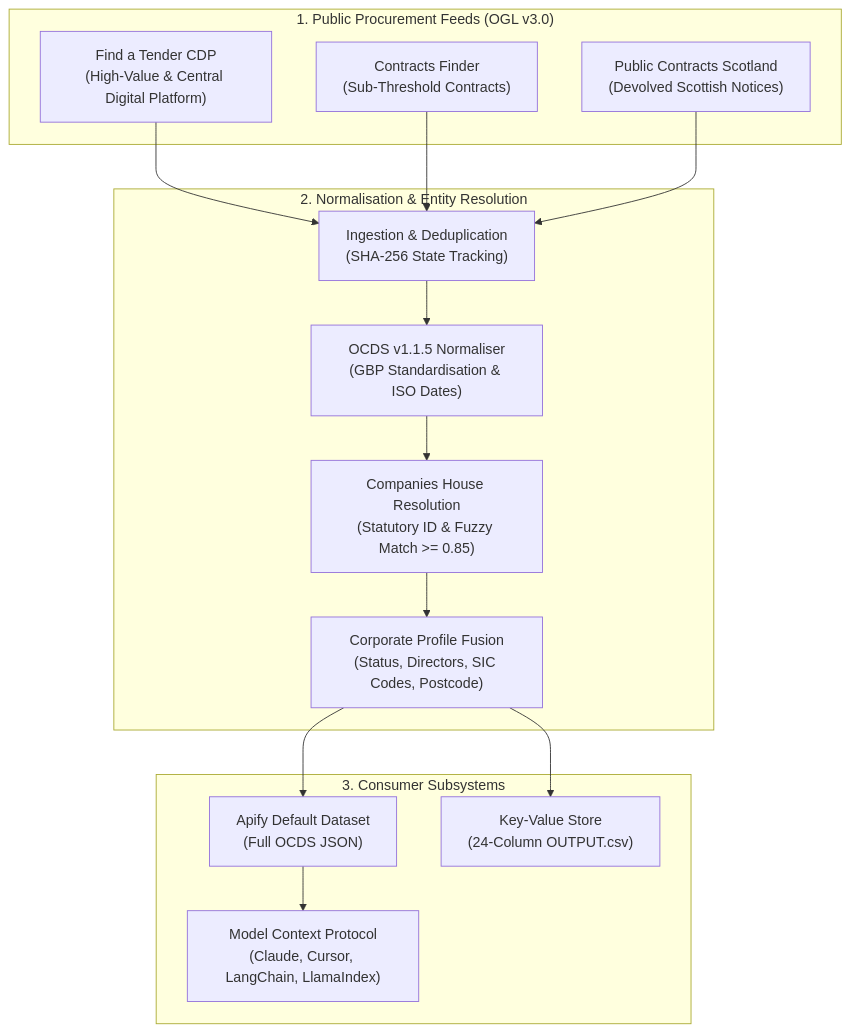
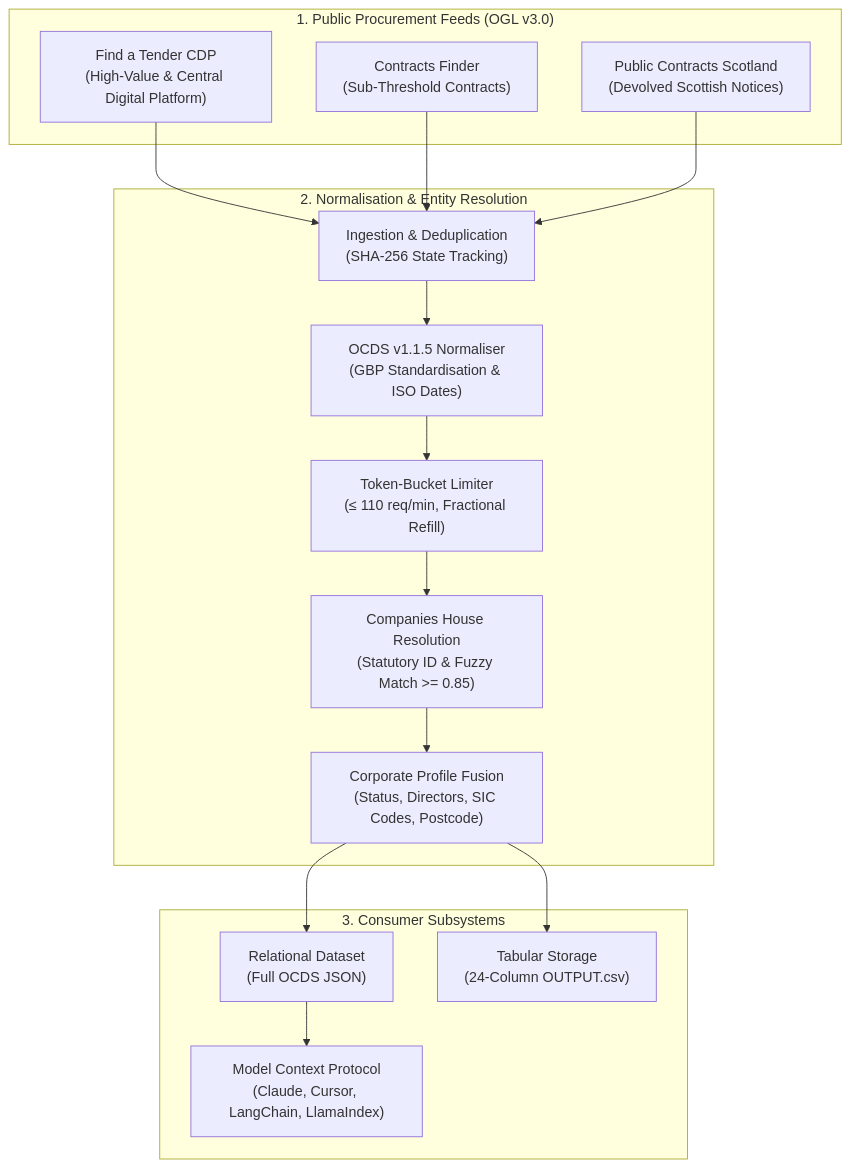
One commit to s0ck3t/uk-public-procurement-api changed the diagram in README.md. Above: the diagram before and after it, drawn with Mermaid. The commit also changed other lines of this file, not shown here.

Commit message:
docs: restructure README to emphasise open pipeline architecture and technical case study

````diff
--- a/README.md
+++ b/README.md
@@ -43,31 +33,33 @@
 ```mermaid
 flowchart TD
     subgraph Sources["1. Public Procurement Feeds (OGL v3.0)"]
         FTS["Find a Tender CDP<br/>(High-Value & Central Digital Platform)"]
         CF["Contracts Finder<br/>(Sub-Threshold Contracts)"]
         PCS["Public Contracts Scotland<br/>(Devolved Scottish Notices)"]
     end
 
     subgraph Pipeline["2. Normalisation & Entity Resolution"]
         Ingest["Ingestion & Deduplication<br/>(SHA-256 State Tracking)"]
         Norm["OCDS v1.1.5 Normaliser<br/>(GBP Standardisation & ISO Dates)"]
+        Limiter["Token-Bucket Limiter<br/>(&le; 110 req/min, Fractional Refill)"]
         Match["Companies House Resolution<br/>(Statutory ID & Fuzzy Match &gt;= 0.85)"]
         Enrich["Corporate Profile Fusion<br/>(Status, Directors, SIC Codes, Postcode)"]
     end
 
     subgraph Delivery["3. Consumer Subsystems"]
-        Dataset["Apify Default Dataset<br/>(Full OCDS JSON)"]
-        CSV["Key-Value Store<br/>(24-Column OUTPUT.csv)"]
+        Dataset["Relational Dataset<br/>(Full OCDS JSON)"]
+        CSV["Tabular Storage<br/>(24-Column OUTPUT.csv)"]
         MCP["Model Context Protocol<br/>(Claude, Cursor, LangChain, LlamaIndex)"]
     end
 
     FTS --> Ingest
     CF --> Ingest
     PCS --> Ingest
     Ingest --> Norm
-    Norm --> Match
+    Norm --> Limiter
+    Limiter --> Match
     Match --> Enrich
     Enrich --> Dataset
     Enrich --> CSV
     Dataset --> MCP
 ```
````
